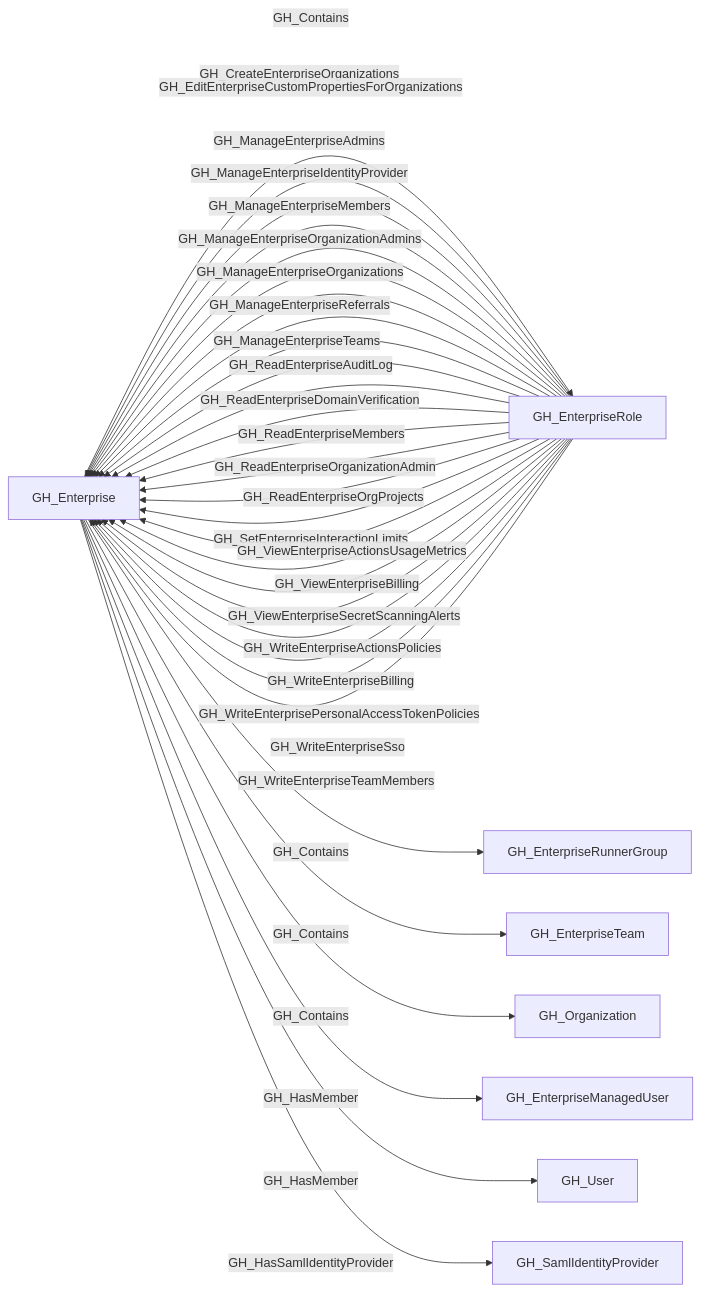
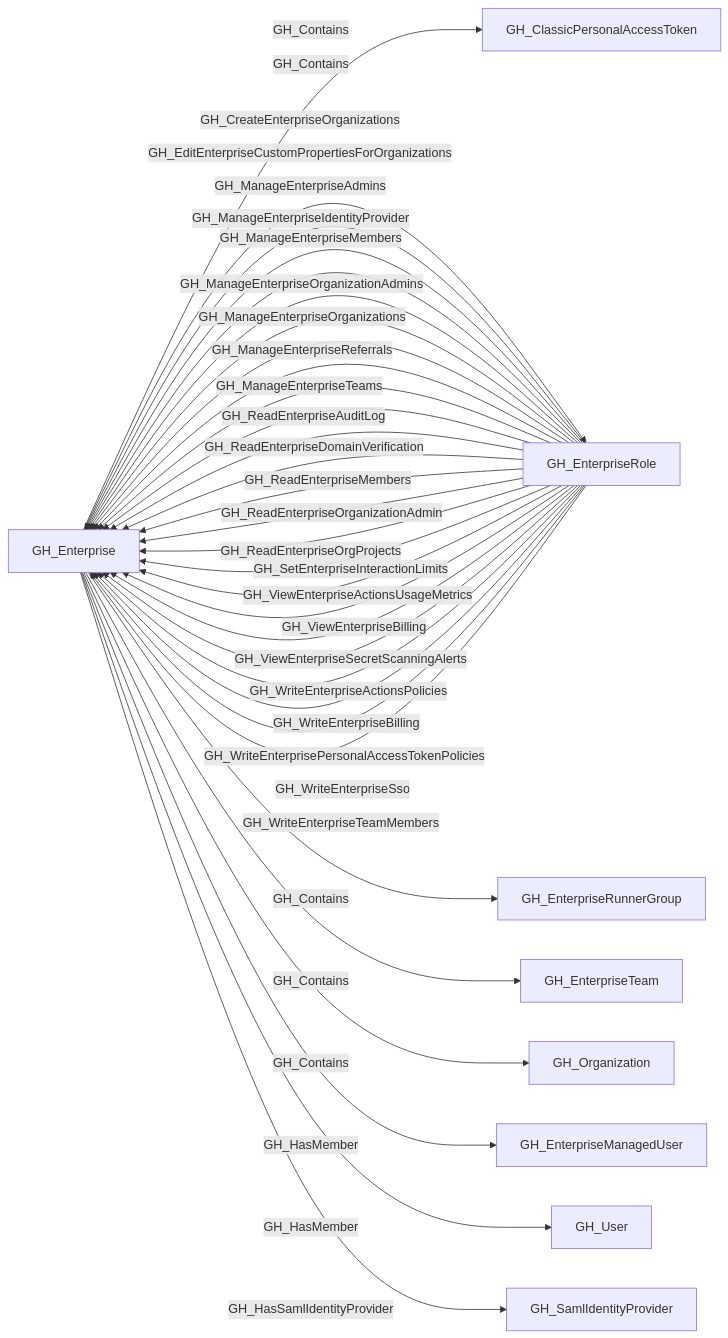
The second of 2 diagrams in docs/opengraph/extensions/github/nodes/gh_enterprise.mdx (SpecterOps/bloodhound-docs), drawn with Mermaid before and after one commit. The commit also changed other lines of this file and 30 other files, not shown here.

Commit message:
chore: update openhound github reference for schema v1.4.0

````diff
--- a/docs/opengraph/extensions/github/nodes/gh_enterprise.mdx
+++ b/docs/opengraph/extensions/github/nodes/gh_enterprise.mdx
@@ -88,42 +90,44 @@
 ```mermaid
 flowchart LR
 
+    GH_ClassicPersonalAccessToken["GH_ClassicPersonalAccessToken"]
     GH_Enterprise["GH_Enterprise"]
     GH_EnterpriseManagedUser["GH_EnterpriseManagedUser"]
     GH_EnterpriseRole["GH_EnterpriseRole"]
     GH_EnterpriseRunnerGroup["GH_EnterpriseRunnerGroup"]
     GH_EnterpriseTeam["GH_EnterpriseTeam"]
     GH_Organization["GH_Organization"]
     GH_SamlIdentityProvider["GH_SamlIdentityProvider"]
     GH_User["GH_User"]
+    GH_Enterprise -- GH_Contains --> GH_ClassicPersonalAccessToken
     GH_Enterprise -- GH_Contains --> GH_EnterpriseRole
     GH_Enterprise -- GH_Contains --> GH_EnterpriseRunnerGroup
     GH_Enterprise -- GH_Contains --> GH_EnterpriseTeam
     GH_Enterprise -- GH_Contains --> GH_Organization
     GH_Enterprise -- GH_HasMember --> GH_EnterpriseManagedUser
     GH_Enterprise -- GH_HasMember --> GH_User
     GH_Enterprise -- GH_HasSamlIdentityProvider --> GH_SamlIdentityProvider
     GH_EnterpriseRole -- GH_CreateEnterpriseOrganizations --> GH_Enterprise
     GH_EnterpriseRole -- GH_EditEnterpriseCustomPropertiesForOrganizations --> GH_Enterprise
     GH_EnterpriseRole -- GH_ManageEnterpriseAdmins --> GH_Enterprise
     GH_EnterpriseRole -- GH_ManageEnterpriseIdentityProvider --> GH_Enterprise
     GH_EnterpriseRole -- GH_ManageEnterpriseMembers --> GH_Enterprise
     GH_EnterpriseRole -- GH_ManageEnterpriseOrganizationAdmins --> GH_Enterprise
     GH_EnterpriseRole -- GH_ManageEnterpriseOrganizations --> GH_Enterprise
     GH_EnterpriseRole -- GH_ManageEnterpriseReferrals --> GH_Enterprise
     GH_EnterpriseRole -- GH_ManageEnterpriseTeams --> GH_Enterprise
     GH_EnterpriseRole -- GH_ReadEnterpriseAuditLog --> GH_Enterprise
     GH_EnterpriseRole -- GH_ReadEnterpriseDomainVerification --> GH_Enterprise
     GH_EnterpriseRole -- GH_ReadEnterpriseMembers --> GH_Enterprise
     GH_EnterpriseRole -- GH_ReadEnterpriseOrganizationAdmin --> GH_Enterprise
     GH_EnterpriseRole -- GH_ReadEnterpriseOrgProjects --> GH_Enterprise
     GH_EnterpriseRole -- GH_SetEnterpriseInteractionLimits --> GH_Enterprise
     GH_EnterpriseRole -- GH_ViewEnterpriseActionsUsageMetrics --> GH_Enterprise
     GH_EnterpriseRole -- GH_ViewEnterpriseBilling --> GH_Enterprise
     GH_EnterpriseRole -- GH_ViewEnterpriseSecretScanningAlerts --> GH_Enterprise
     GH_EnterpriseRole -- GH_WriteEnterpriseActionsPolicies --> GH_Enterprise
     GH_EnterpriseRole -- GH_WriteEnterpriseBilling --> GH_Enterprise
     GH_EnterpriseRole -- GH_WriteEnterprisePersonalAccessTokenPolicies --> GH_Enterprise
     GH_EnterpriseRole -- GH_WriteEnterpriseSso --> GH_Enterprise
     GH_EnterpriseRole -- GH_WriteEnterpriseTeamMembers --> GH_Enterprise
 ```
````
